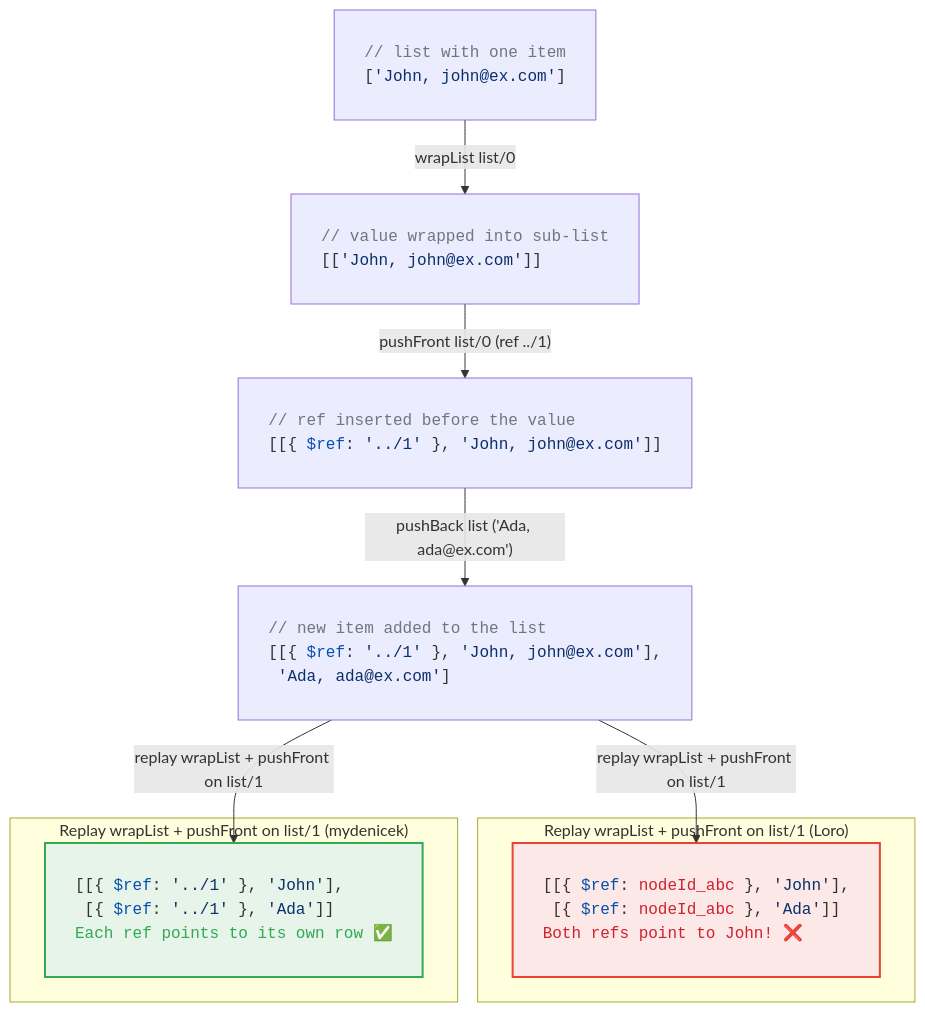
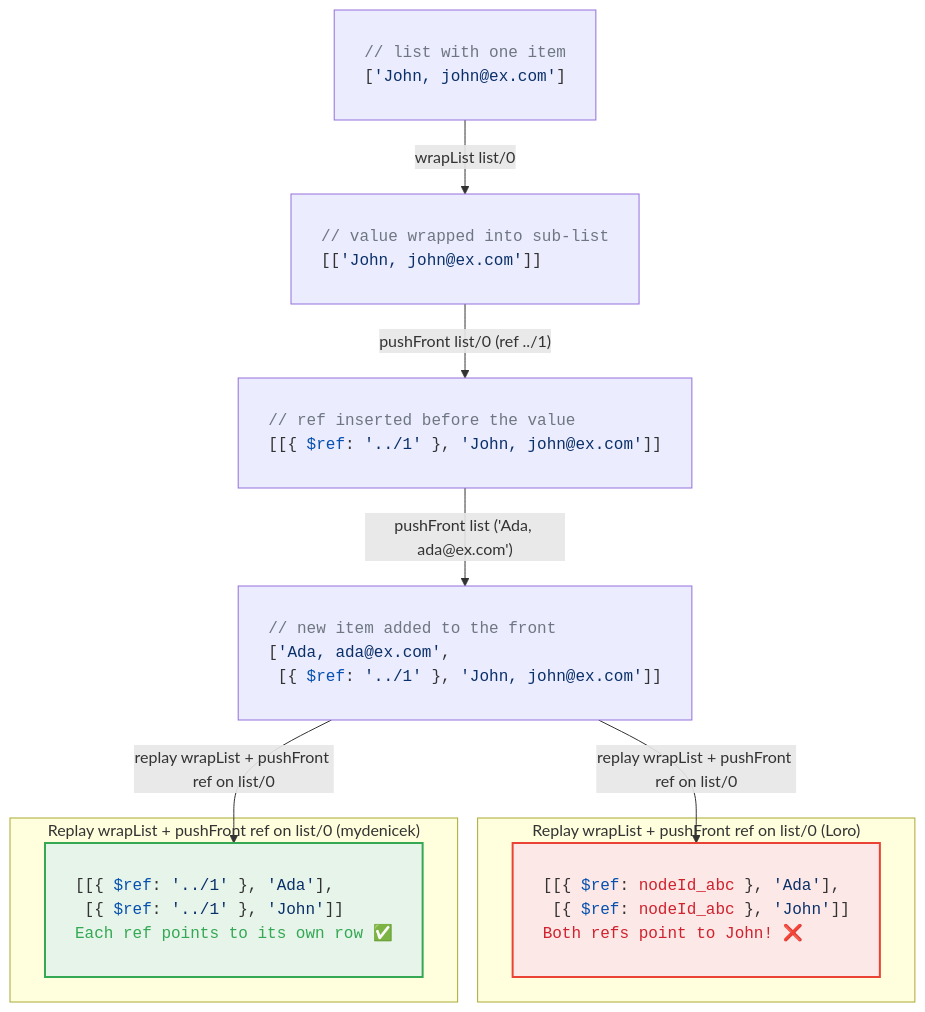
The diagram in img/retargeting.mmd (krsion/master-thesis), drawn with Mermaid before and after one commit. The commit also changed 1 other file, not shown here.

Commit message:
Retargeting diagram: Ada pushed to front of list, not back
pushFront list adds Ada before John, so replay targets list/0
without needing retargeting — makes the example self-contained.

```diff
--- a/img/retargeting.mmd
+++ b/img/retargeting.mmd
@@ -1,48 +1,48 @@
 %%{init: {'themeVariables': {'fontFamily': 'monospace'}}}%%
 graph TB
     S1["<pre style='text-align:left'>
 <span style='color:#6e7781'>// list with one item</span>
 [<span style='color:#0a3069'>'John, john@ex.com'</span>]
 </pre>"]
 
     S2["<pre style='text-align:left'>
 <span style='color:#6e7781'>// value wrapped into sub-list</span>
 [[<span style='color:#0a3069'>'John, john@ex.com'</span>]]
 </pre>"]
 
     S3["<pre style='text-align:left'>
 <span style='color:#6e7781'>// ref inserted before the value</span>
 [[{ <span style='color:#0550ae'>$ref</span>: <span style='color:#0a3069'>'../1'</span> }, <span style='color:#0a3069'>'John, john@ex.com'</span>]]
 </pre>"]
 
     S4["<pre style='text-align:left'>
-<span style='color:#6e7781'>// new item added to the list</span>
-[[{ <span style='color:#0550ae'>$ref</span>: <span style='color:#0a3069'>'../1'</span> }, <span style='color:#0a3069'>'John, john@ex.com'</span>],
- <span style='color:#0a3069'>'Ada, ada@ex.com'</span>]
+<span style='color:#6e7781'>// new item added to the front</span>
+[<span style='color:#0a3069'>'Ada, ada@ex.com'</span>,
+ [{ <span style='color:#0550ae'>$ref</span>: <span style='color:#0a3069'>'../1'</span> }, <span style='color:#0a3069'>'John, john@ex.com'</span>]]
 </pre>"]
 
     S1 -- "wrapList list/0" --> S2
     S2 -- "pushFront list/0 (ref ../1)" --> S3
-    S3 -- "pushBack list ('Ada, ada@ex.com')" --> S4
+    S3 -- "pushFront list ('Ada, ada@ex.com')" --> S4
 
-    subgraph replayLoro["Replay wrapList + pushFront on list/1 (Loro)"]
+    subgraph replayLoro["Replay wrapList + pushFront ref on list/0 (Loro)"]
         RL["<pre style='text-align:left'>
-[[{ <span style='color:#0550ae'>$ref</span>: <span style='color:#cf222e'>nodeId_abc</span> }, <span style='color:#0a3069'>'John'</span>],
- [{ <span style='color:#0550ae'>$ref</span>: <span style='color:#cf222e'>nodeId_abc</span> }, <span style='color:#0a3069'>'Ada'</span>]]
+[[{ <span style='color:#0550ae'>$ref</span>: <span style='color:#cf222e'>nodeId_abc</span> }, <span style='color:#0a3069'>'Ada'</span>],
+ [{ <span style='color:#0550ae'>$ref</span>: <span style='color:#cf222e'>nodeId_abc</span> }, <span style='color:#0a3069'>'John'</span>]]
 <span style='color:#cf222e'>Both refs point to John! ❌</span>
 </pre>"]
     end
 
-    subgraph replayCustom["Replay wrapList + pushFront on list/1 (mydenicek)"]
+    subgraph replayCustom["Replay wrapList + pushFront ref on list/0 (mydenicek)"]
         RC["<pre style='text-align:left'>
-[[{ <span style='color:#0550ae'>$ref</span>: <span style='color:#0a3069'>'../1'</span> }, <span style='color:#0a3069'>'John'</span>],
- [{ <span style='color:#0550ae'>$ref</span>: <span style='color:#0a3069'>'../1'</span> }, <span style='color:#0a3069'>'Ada'</span>]]
+[[{ <span style='color:#0550ae'>$ref</span>: <span style='color:#0a3069'>'../1'</span> }, <span style='color:#0a3069'>'Ada'</span>],
+ [{ <span style='color:#0550ae'>$ref</span>: <span style='color:#0a3069'>'../1'</span> }, <span style='color:#0a3069'>'John'</span>]]
 <span style='color:#34a853'>Each ref points to its own row ✅</span>
 </pre>"]
     end
 
-    S4 -- "replay wrapList + pushFront on list/1" --> RL
-    S4 -- "replay wrapList + pushFront on list/1" --> RC
+    S4 -- "replay wrapList + pushFront ref on list/0" --> RL
+    S4 -- "replay wrapList + pushFront ref on list/0" --> RC
 
     style RL fill:#fce8e6,stroke:#ea4335,stroke-width:2px
     style RC fill:#e6f4ea,stroke:#34a853,stroke-width:2px
```
